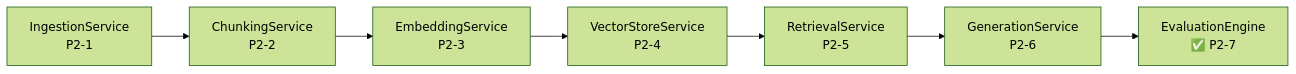
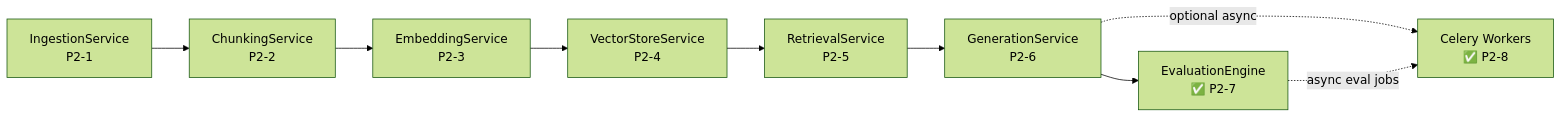
Diagram 32 of 38 in docs/internal/PROJECT_SYSTEM_DESIGN_EVOLUTION.md (anulsasidharan/Unified-RAG-Studio), drawn with Mermaid (forest theme) before and after one commit. The commit also changed other lines of this file and 26 other files, not shown here.

````diff
--- a/docs/internal/PROJECT_SYSTEM_DESIGN_EVOLUTION.md
+++ b/docs/internal/PROJECT_SYSTEM_DESIGN_EVOLUTION.md
@@ -1360,9 +1360,11 @@
 ```mermaid
 graph LR
     ING6["IngestionService\nP2-1"] --> CHK6["ChunkingService\nP2-2"]
     CHK6 --> EMB6["EmbeddingService\nP2-3"]
     EMB6 --> VS6["VectorStoreService\nP2-4"]
     VS6 --> RT6["RetrievalService\nP2-5"]
     RT6 --> GEN6["GenerationService\nP2-6"]
     GEN6 --> EV6["EvaluationEngine\n✅ P2-7"]
+    GEN6 -. optional async .-> Q8["Celery Workers\n✅ P2-8"]
+    EV6 -. async eval jobs .-> Q8
 ```
````
